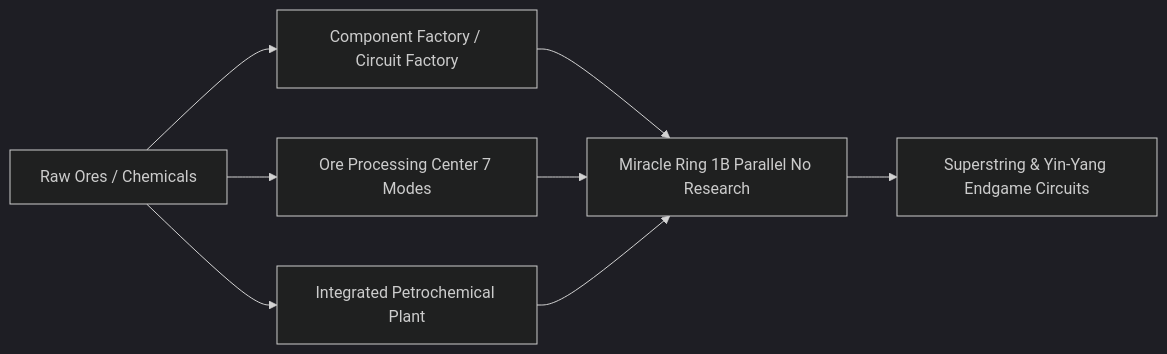
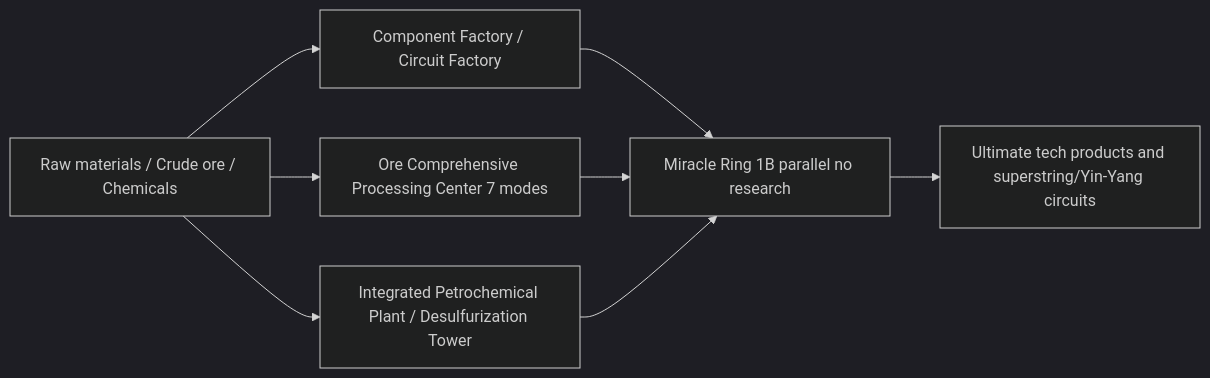
One commit to takanashisatou/GregtechEasy changed the diagram in docs/en/gtecore/machines-and-multiblocks.md. Above: the diagram before and after it, drawn with Mermaid (dark theme). The commit also changed other lines of this file and 162 other files, not shown here.

````diff
--- a/docs/en/gtecore/machines-and-multiblocks.md
+++ b/docs/en/gtecore/machines-and-multiblocks.md
@@ -27,8 +27,8 @@
 ```mermaid
 graph LR
-    A[Raw Ores / Chemicals] --> B[Component Factory / Circuit Factory]
-    A --> C[Ore Processing Center 7 Modes]
-    A --> D[Integrated Petrochemical Plant]
-    B & C & D --> E[Miracle Ring 1B Parallel No Research]
-    E --> F[Superstring & Yin-Yang Endgame Circuits]
+    A[Raw materials / Crude ore / Chemicals] --> B[Component Factory / Circuit Factory]
+    A --> C[Ore Comprehensive Processing Center 7 modes]
+    A --> D[Integrated Petrochemical Plant / Desulfurization Tower]
+    B & C & D --> E[Miracle Ring 1B parallel no research]
+    E --> F[Ultimate tech products and superstring/Yin-Yang circuits]
 ```
````
